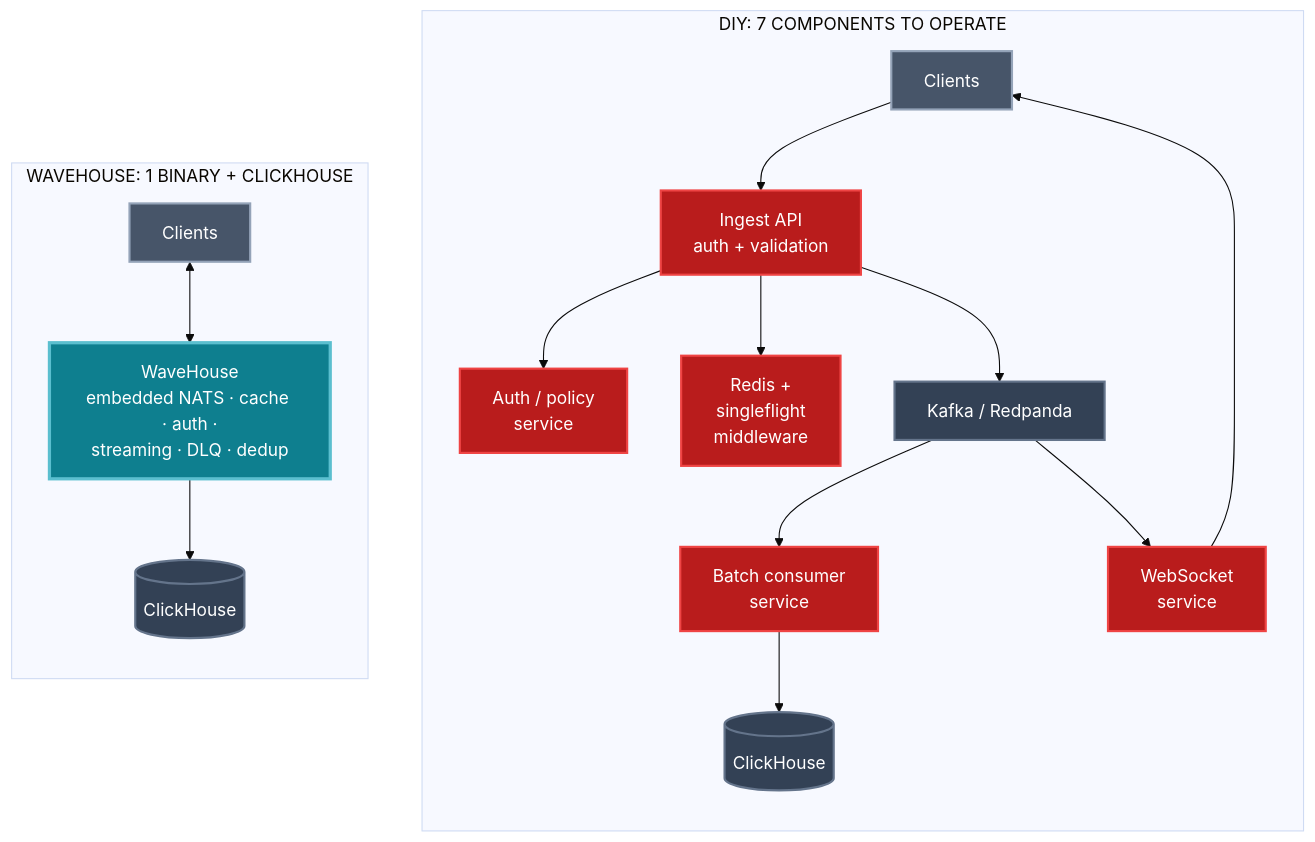
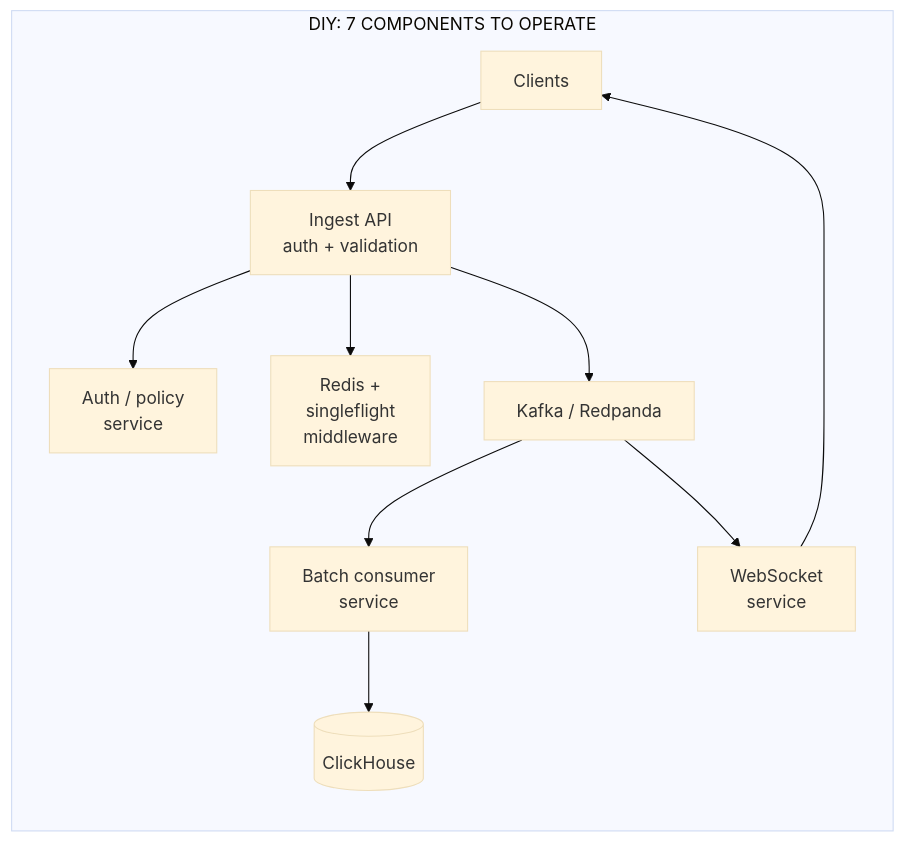
The fourth of 7 diagrams in docs/src/content/docs/why-wavehouse.md (Wave-RF/WaveHouse), drawn with Mermaid (base theme) before and after one commit. The commit also changed other lines of this file and 7 other files, not shown here.

Commit message:
prettier mermaid diagrams

````diff
--- a/docs/src/content/docs/why-wavehouse.md
+++ b/docs/src/content/docs/why-wavehouse.md
@@ -132,27 +118,15 @@
 ```mermaid
 flowchart TB
-    classDef pain fill:#b91c1c,stroke:#ef4444,color:#fff,stroke-width:2px
-    classDef wh fill:#0e7f8f,stroke:#5bbfcf,color:#fff,stroke-width:3px
-    classDef neutral fill:#475569,stroke:#94a3b8,color:#fff,stroke-width:2px
-    classDef infra fill:#334155,stroke:#64748b,color:#fff,stroke-width:2px
-
     subgraph diy["DIY: 7 COMPONENTS TO OPERATE"]
         direction TB
         Cs["Clients"]:::neutral
         Cs --> API["Ingest API<br/>auth + validation"]:::pain
         API --> AuthSvc["Auth / policy<br/>service"]:::pain
         API --> R["Redis +<br/>singleflight<br/>middleware"]:::pain
         API --> K["Kafka / Redpanda"]:::infra
         K --> Worker["Batch consumer<br/>service"]:::pain
         K --> WS["WebSocket<br/>service"]:::pain
         Worker --> CHd[("ClickHouse")]:::infra
         WS --> Cs
     end
-
-    subgraph single["WAVEHOUSE: 1 BINARY + CLICKHOUSE"]
-        direction TB
-        Cs2["Clients"]:::neutral
-        Cs2 <--> WHone["WaveHouse<br/>embedded NATS · cache · auth ·<br/>streaming · DLQ · dedup"]:::wh
-        WHone --> CHw[("ClickHouse")]:::infra
-    end
 ```
````
